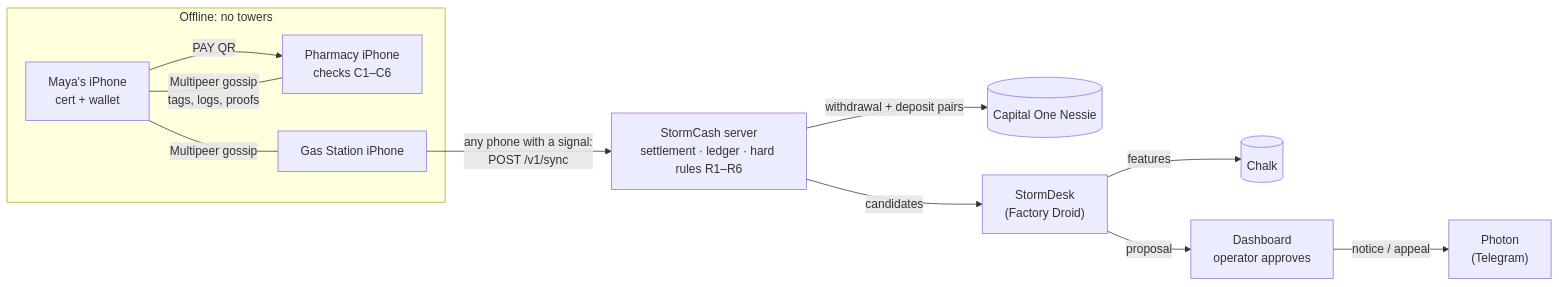
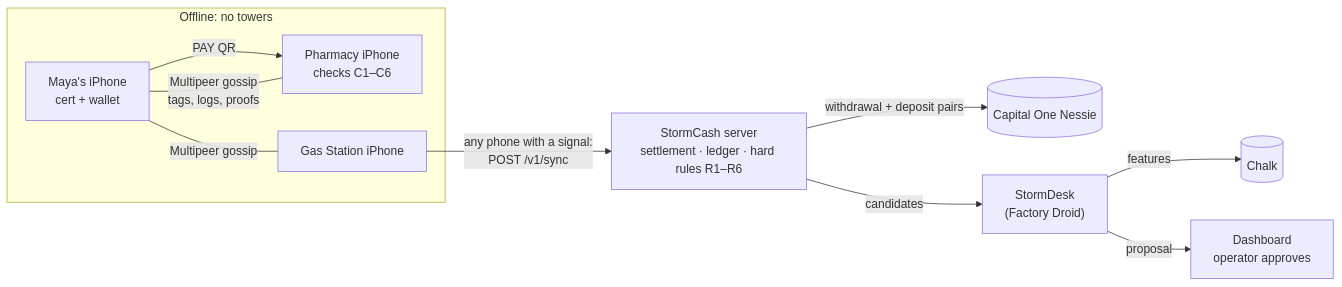
One commit to Alexlgvcode/stormcash changed the diagram in README.md. Above: the diagram before and after it, drawn with Mermaid. The commit also changed other lines of this file and 68 other files, not shown here.

````diff
--- a/README.md
+++ b/README.md
@@ -24,14 +24,13 @@
 ```mermaid
 flowchart LR
   subgraph offline["Offline: no towers"]
     Maya["Maya's iPhone<br/>cert + wallet"] -- "PAY QR" --> Pharmacy["Pharmacy iPhone<br/>checks C1–C6"]
     Pharmacy -- "Multipeer gossip<br/>tags, logs, proofs" --- Maya
     Maya -- "Multipeer gossip" --- Gas["Gas Station iPhone"]
   end
   Gas -- "any phone with a signal:<br/>POST /v1/sync" --> Server["StormCash server<br/>settlement · ledger · hard rules R1–R6"]
   Server -- "withdrawal + deposit pairs" --> Nessie[("Capital One Nessie")]
   Server -- "candidates" --> StormDesk["StormDesk<br/>(Factory Droid)"]
   StormDesk -- "features" --> Chalk[("Chalk")]
   StormDesk -- "proposal" --> Dashboard["Dashboard<br/>operator approves"]
-  Dashboard -- "notice / appeal" --> Photon["Photon<br/>(Telegram)"]
 ```
````
